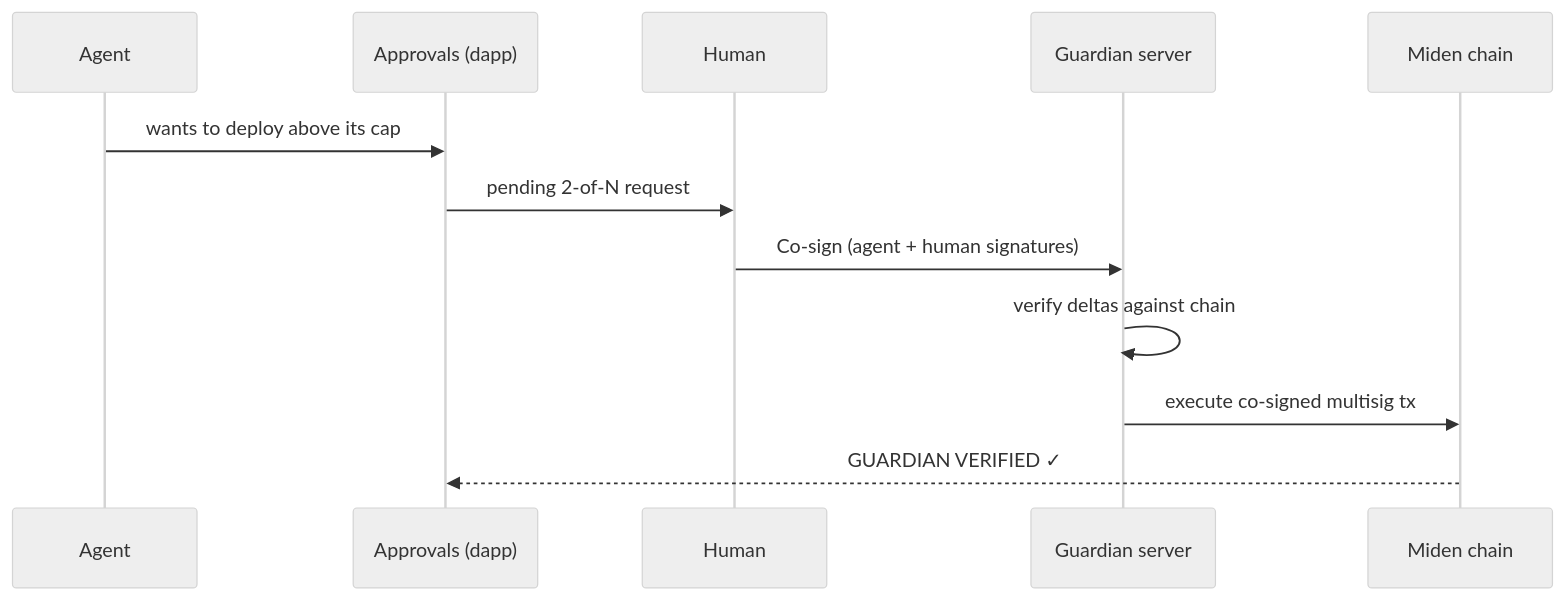
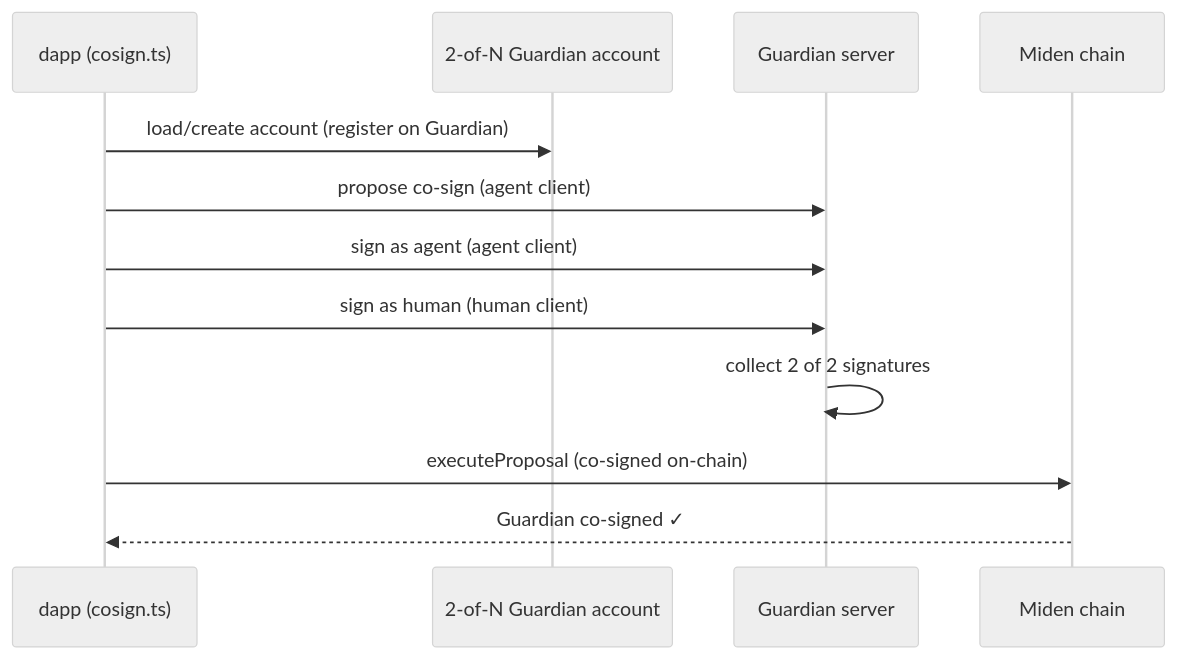
The fourth of 4 diagrams in README.md (Adityaakr/subrosa), drawn with Mermaid before and after one commit. The commit also changed other lines of this file and 1 other file, not shown here.

Commit message:
docs: document the live per-cosigner Guardian co-sign for protected bets

````diff
--- a/README.md
+++ b/README.md
@@ -142,20 +144,20 @@
 ```mermaid
 ---
 config:
   look: handDrawn
   theme: neutral
 ---
 sequenceDiagram
-  participant Ag as Agent
-  participant UI as Approvals (dapp)
-  participant Hu as Human
+  participant UI as dapp (cosign.ts)
+  participant Ms as 2-of-N Guardian account
   participant G as Guardian server
   participant Ch as Miden chain
 
-  Ag->>UI: wants to deploy above its cap
-  UI->>Hu: pending 2-of-N request
-  Hu->>G: Co-sign (agent + human signatures)
-  G->>G: verify deltas against chain
-  G->>Ch: execute co-signed multisig tx
-  Ch-->>UI: GUARDIAN VERIFIED ✓
+  UI->>Ms: load/create account (register on Guardian)
+  UI->>G: propose co-sign  (agent client)
+  UI->>G: sign as agent     (agent client)
+  UI->>G: sign as human     (human client)
+  G->>G: collect 2 of 2 signatures
+  UI->>Ch: executeProposal (co-signed on-chain)
+  Ch-->>UI: Guardian co-signed ✓
 ```
````
